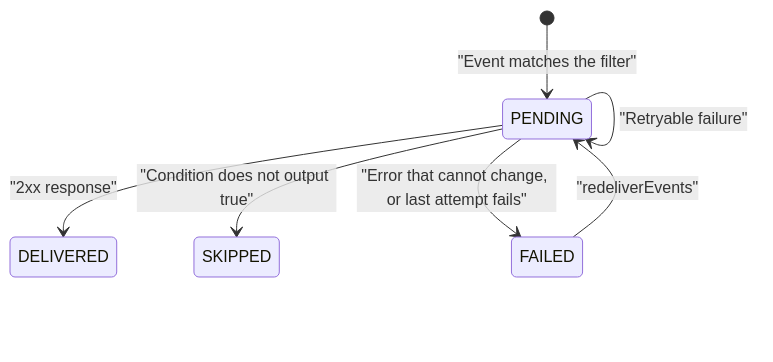
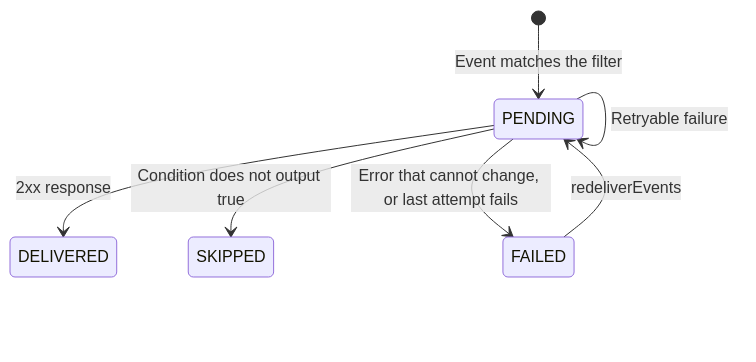
The second of 2 diagrams in docs/platform-operations/03-event-destinations.md (massdriver-cloud/docs), drawn with Mermaid before and after one commit. The commit also changed other lines of this file, not shown here.

Commit message:
Unquote literal Mermaid labels and use data.actor and data.entity

````diff
--- a/docs/platform-operations/03-event-destinations.md
+++ b/docs/platform-operations/03-event-destinations.md
@@ -208,13 +208,13 @@
 ```mermaid
 stateDiagram-v2
     state "PENDING" as pending
     state "DELIVERED" as delivered
     state "SKIPPED" as skipped
     state "FAILED" as failed
-    [*] --> pending: "Event matches the filter"
-    pending --> pending: "Retryable failure"
-    pending --> delivered: "2xx response"
-    pending --> skipped: "Condition does not output true"
-    pending --> failed: "Error that cannot change, or last attempt fails"
-    failed --> pending: "redeliverEvents"
+    [*] --> pending: Event matches the filter
+    pending --> pending: Retryable failure
+    pending --> delivered: 2xx response
+    pending --> skipped: Condition does not output true
+    pending --> failed: Error that cannot change, or last attempt fails
+    failed --> pending: redeliverEvents
 ```
````
